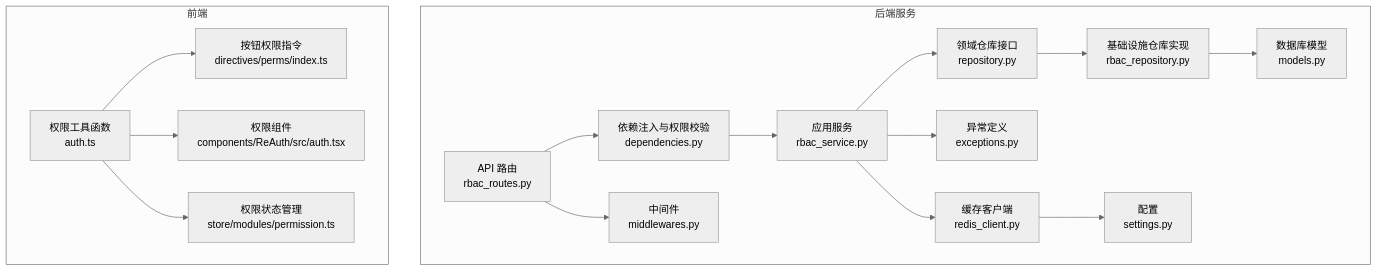
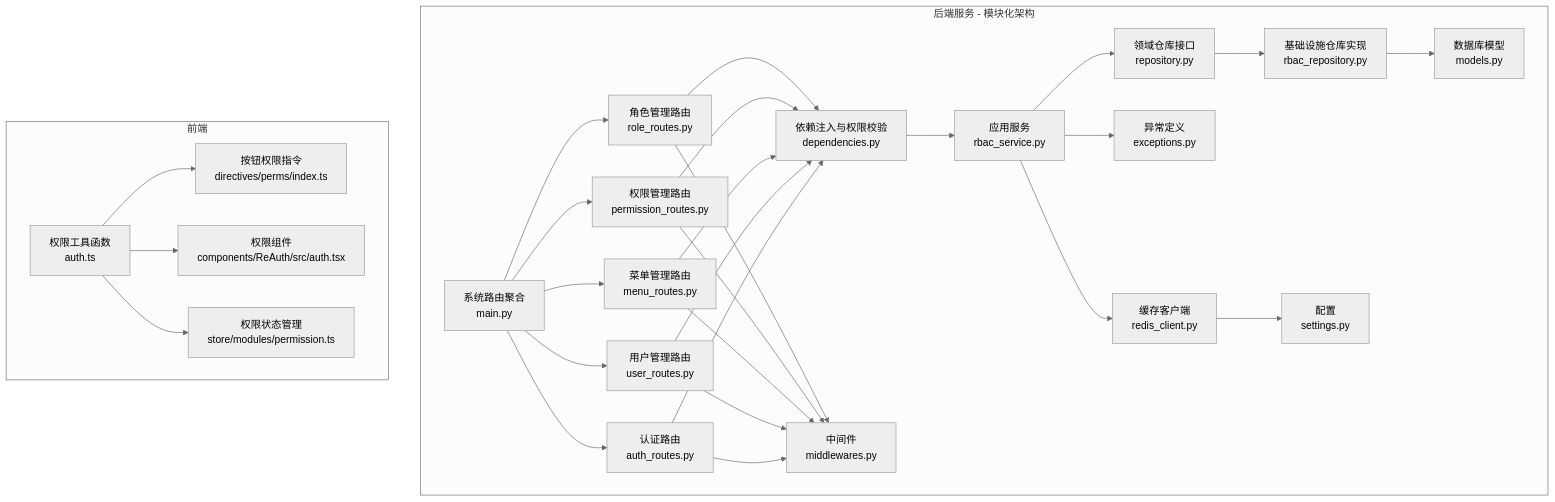
Before and after one commit to taoweidong/Hello-FastApi: the first of 8 diagrams in .qoder/repowiki/zh/content/RBAC 权限系统/权限验证机制.md, drawn with Mermaid (neutral theme). The commit also changed other lines of this file and 9 other files, not shown here.

````diff
--- a/.qoder/repowiki/zh/content/RBAC 权限系统/权限验证机制.md
+++ b/.qoder/repowiki/zh/content/RBAC 权限系统/权限验证机制.md
@@ -41,29 +55,47 @@
 ```mermaid
 graph TB
-subgraph "后端服务"
-A["API 路由<br/>rbac_routes.py"]
-B["依赖注入与权限校验<br/>dependencies.py"]
-C["应用服务<br/>rbac_service.py"]
-D["领域仓库接口<br/>repository.py"]
-E["基础设施仓库实现<br/>rbac_repository.py"]
-F["数据库模型<br/>models.py"]
-G["异常定义<br/>exceptions.py"]
-H["中间件<br/>middlewares.py"]
-I["缓存客户端<br/>redis_client.py"]
-J["配置<br/>settings.py"]
+subgraph "后端服务 - 模块化架构"
+A["系统路由聚合<br/>main.py"]
+B["角色管理路由<br/>role_routes.py"]
+C["权限管理路由<br/>permission_routes.py"]
+D["菜单管理路由<br/>menu_routes.py"]
+E["用户管理路由<br/>user_routes.py"]
+F["认证路由<br/>auth_routes.py"]
+G["依赖注入与权限校验<br/>dependencies.py"]
+H["应用服务<br/>rbac_service.py"]
+I["领域仓库接口<br/>repository.py"]
+J["基础设施仓库实现<br/>rbac_repository.py"]
+K["数据库模型<br/>models.py"]
+L["异常定义<br/>exceptions.py"]
+M["中间件<br/>middlewares.py"]
+N["缓存客户端<br/>redis_client.py"]
+O["配置<br/>settings.py"]
 end
 subgraph "前端"
 P1["权限工具函数<br/>auth.ts"]
 P2["按钮权限指令<br/>directives/perms/index.ts"]
 P3["权限组件<br/>components/ReAuth/src/auth.tsx"]
 P4["权限状态管理<br/>store/modules/permission.ts"]
 end
-A --> B --> C --> D --> E --> F
+A --> B
+A --> C
+A --> D
+A --> E
+A --> F
+B --> G --> H --> I --> J --> K
 C --> G
-A --> H
-C --> I
-I --> J
+D --> G
+E --> G
+F --> G
+H --> L
+B --> M
+C --> M
+D --> M
+E --> M
+F --> M
+H --> N
+N --> O
 P1 --> P2
 P1 --> P3
 P1 --> P4
 ```
````
